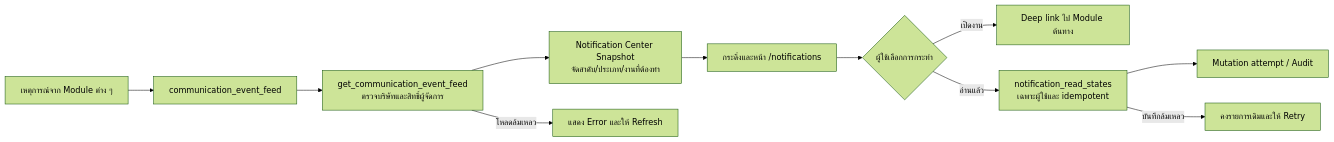
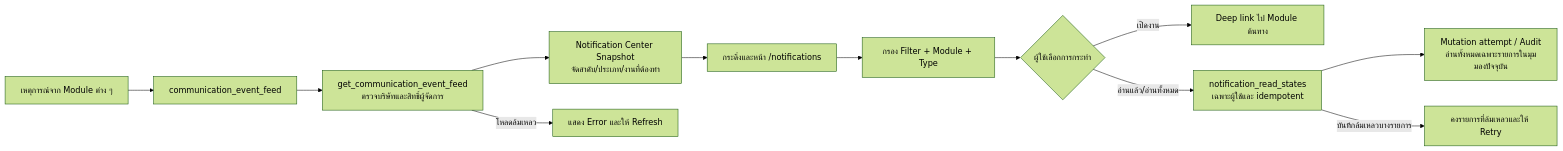
One commit to paramonjong-afk/WisdomAI changed the diagram in docs/NOTIFICATION_CENTER_FLOW.md. Above: the diagram before and after it, drawn with Mermaid (forest theme). The commit also changed other lines of this file and 4 other files, not shown here.

Commit message:
feat: add notification type filter and mark all read

````diff
--- a/docs/NOTIFICATION_CENTER_FLOW.md
+++ b/docs/NOTIFICATION_CENTER_FLOW.md
@@ -1,13 +1,14 @@
 ```mermaid
 flowchart LR
   A[เหตุการณ์จาก Module ต่าง ๆ] --> B[communication_event_feed]
   B --> C[get_communication_event_feed\nตรวจบริษัทและสิทธิ์ผู้จัดการ]
   C --> D[Notification Center Snapshot\nจัดลำดับ/ประเภท/งานที่ต้องทำ]
   D --> E[กระดิ่งและหน้า /notifications]
-  E --> F{ผู้ใช้เลือกการกระทำ}
-  F -->|เปิดงาน| G[Deep link ไป Module ต้นทาง]
-  F -->|อ่านแล้ว| H[notification_read_states\nเฉพาะผู้ใช้และ idempotent]
-  H --> I[Mutation attempt / Audit]
-  C -->|โหลดล้มเหลว| J[แสดง Error และให้ Refresh]
-  H -->|บันทึกล้มเหลว| K[คงรายการเดิมและให้ Retry]
+  E --> F[กรอง Filter + Module + Type]
+  F --> G{ผู้ใช้เลือกการกระทำ}
+  G -->|เปิดงาน| H[Deep link ไป Module ต้นทาง]
+  G -->|อ่านแล้ว/อ่านทั้งหมด| I[notification_read_states\nเฉพาะผู้ใช้และ idempotent]
+  I --> J[Mutation attempt / Audit\nอ่านทั้งหมดเฉพาะรายการในมุมมองปัจจุบัน]
+  C -->|โหลดล้มเหลว| K[แสดง Error และให้ Refresh]
+  I -->|บันทึกล้มเหลวบางรายการ| L[คงรายการที่ล้มเหลวและให้ Retry]
 ```
````
